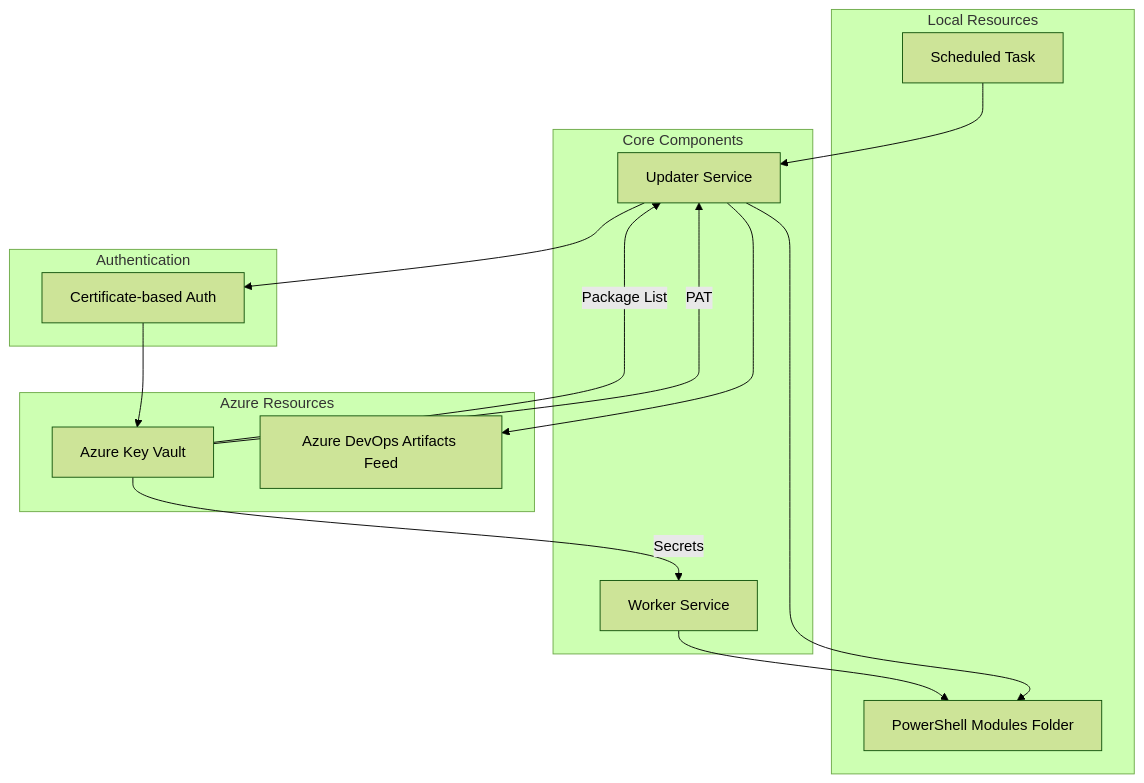
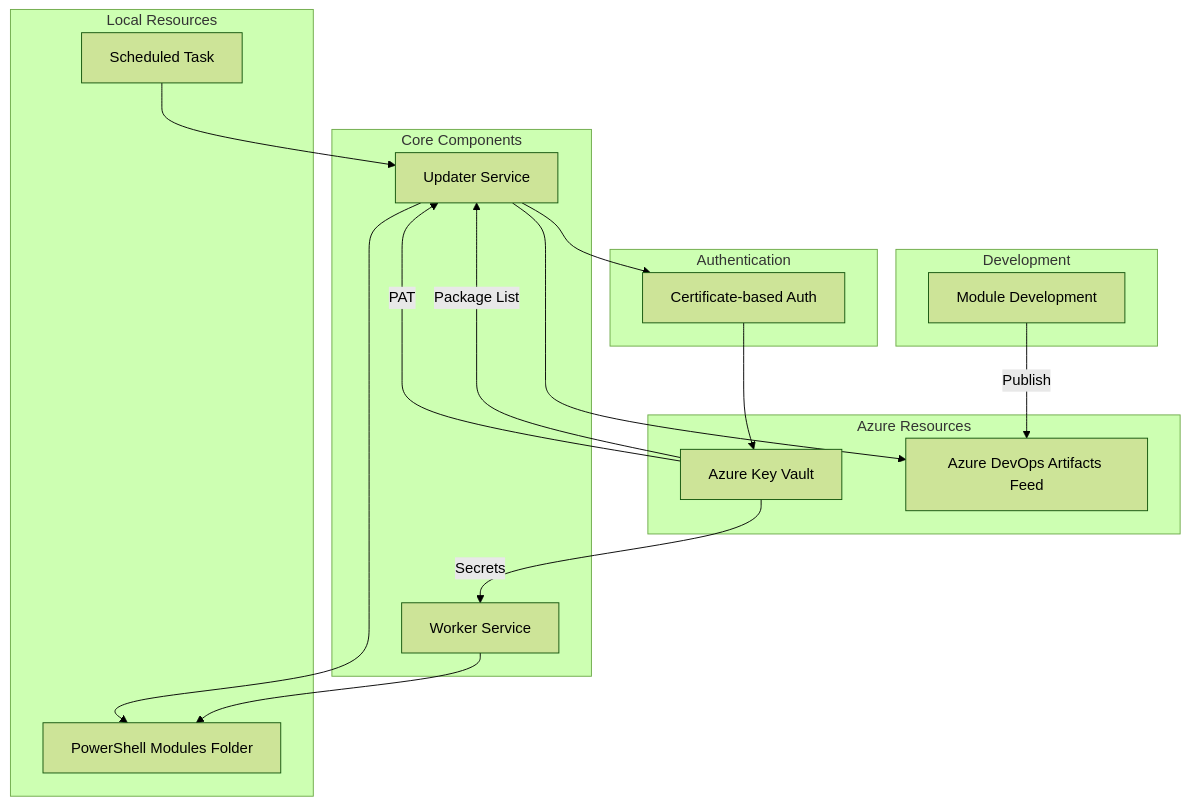
Before and after one commit to dedbit/OrchestratorPsh: the diagram in ArchitecturePlanned.md, drawn with Mermaid (forest theme).

Commit message:
refactor(Architecture): 📝 Add development module to system architecture diagram for clarity

````diff
--- a/ArchitecturePlanned.md
+++ b/ArchitecturePlanned.md
@@ -11,32 +11,37 @@
 ```Mermaid
     graph TD
     subgraph "Core Components"
         U[Updater Service] 
         W[Worker Service]
     end
     
     subgraph "Authentication"
         C[Certificate-based Auth]
     end
     
     subgraph "Azure Resources"
         KV[Azure Key Vault]
         ADO[Azure DevOps Artifacts Feed]
     end
     
     subgraph "Local Resources"
         PS[PowerShell Modules Folder]
         S[Scheduled Task]
     end
     
+    subgraph "Development"
+        D[Module Development]
+    end
+    
     S --> U
     U --> C
     C --> KV
     KV -->|PAT| U
     KV -->|Package List| U
     KV -->|Secrets| W
     U --> ADO
     U --> PS
     W --> PS
+    D -->|Publish| ADO
 
 ```
````
